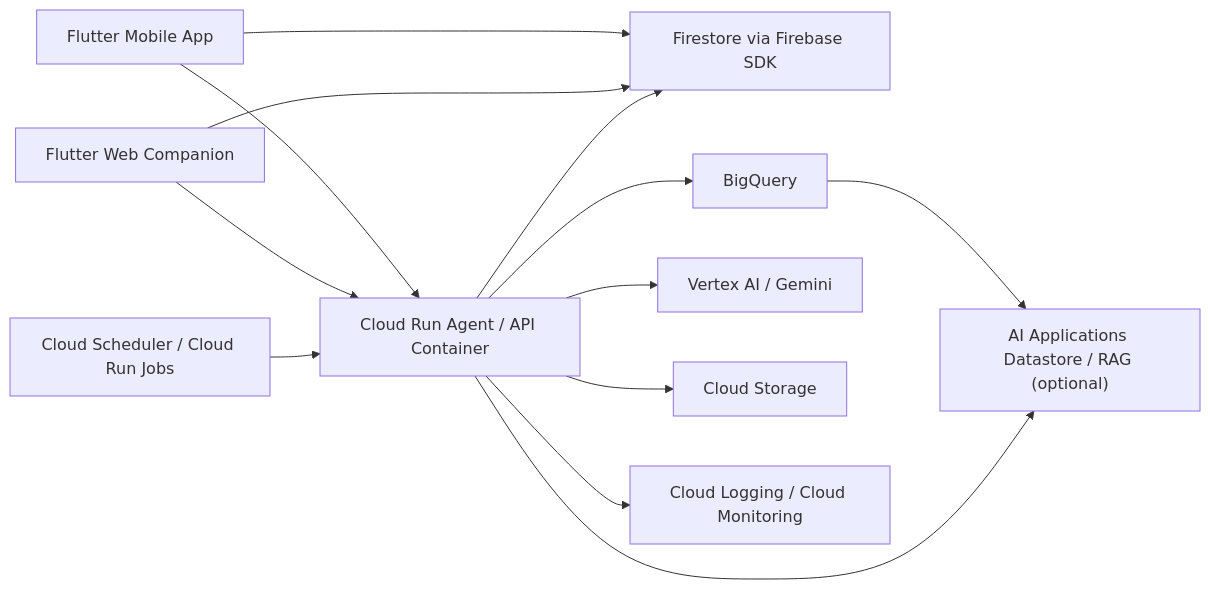
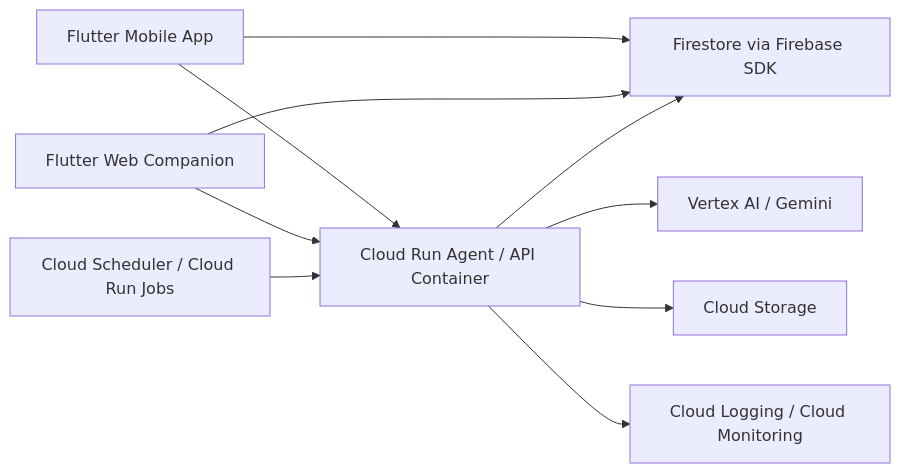
The diagram in docs/architecture/google-first-mvp.md (LauritzMeier/Hackerthon-BCG-Platinum), drawn with Mermaid before and after one commit. The commit also changed other lines of this file and 1 other file, not shown here.

````diff
--- a/docs/architecture/google-first-mvp.md
+++ b/docs/architecture/google-first-mvp.md
@@ -196,15 +194,12 @@
 ```mermaid
 flowchart LR
     M["Flutter Mobile App"] --> FS["Firestore via Firebase SDK"]
     W["Flutter Web Companion"] --> FS
     M --> API["Cloud Run Agent / API Container"]
     W --> API
     API --> FS
-    API --> BQ["BigQuery"]
-    BQ --> RAG["AI Applications Datastore / RAG (optional)"]
-    API --> RAG
     API --> VAI["Vertex AI / Gemini"]
     API --> GCS["Cloud Storage"]
     JOBS["Cloud Scheduler / Cloud Run Jobs"] --> API
     API --> OBS["Cloud Logging / Cloud Monitoring"]
 ```
````
